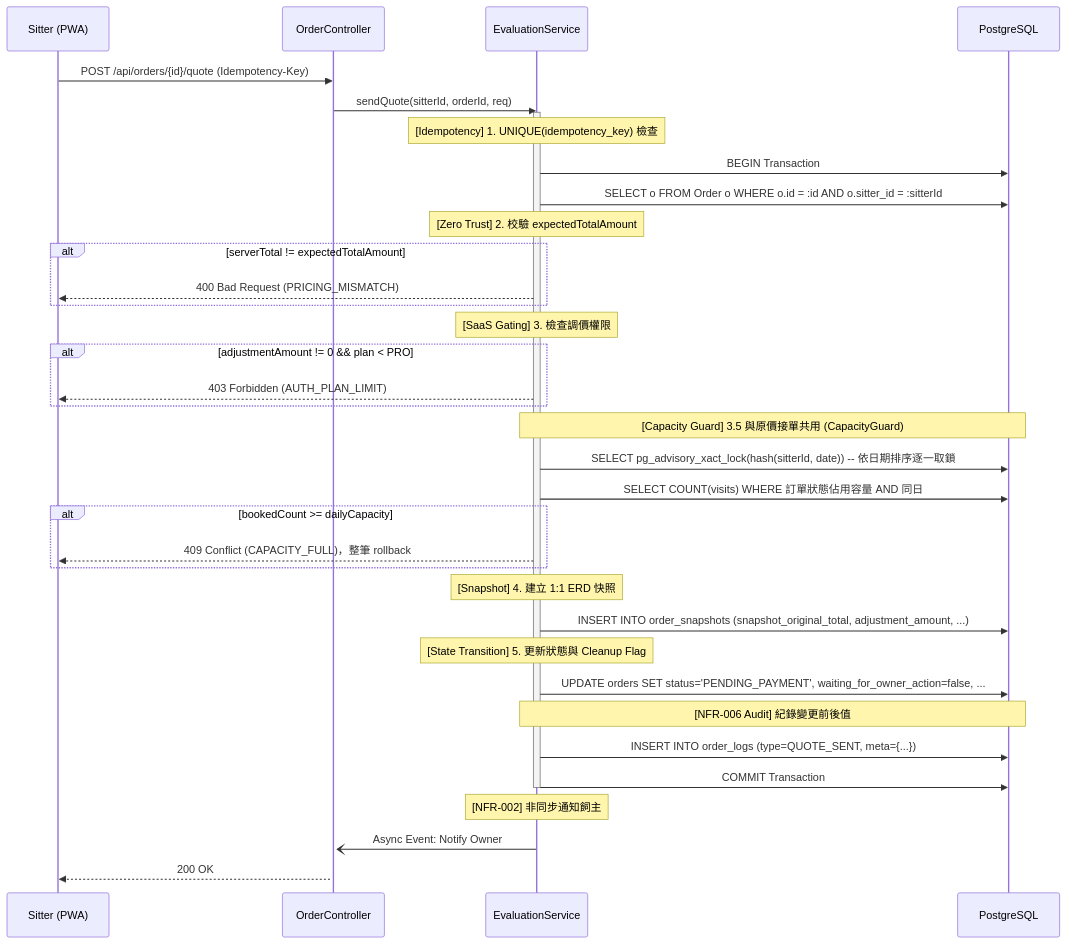
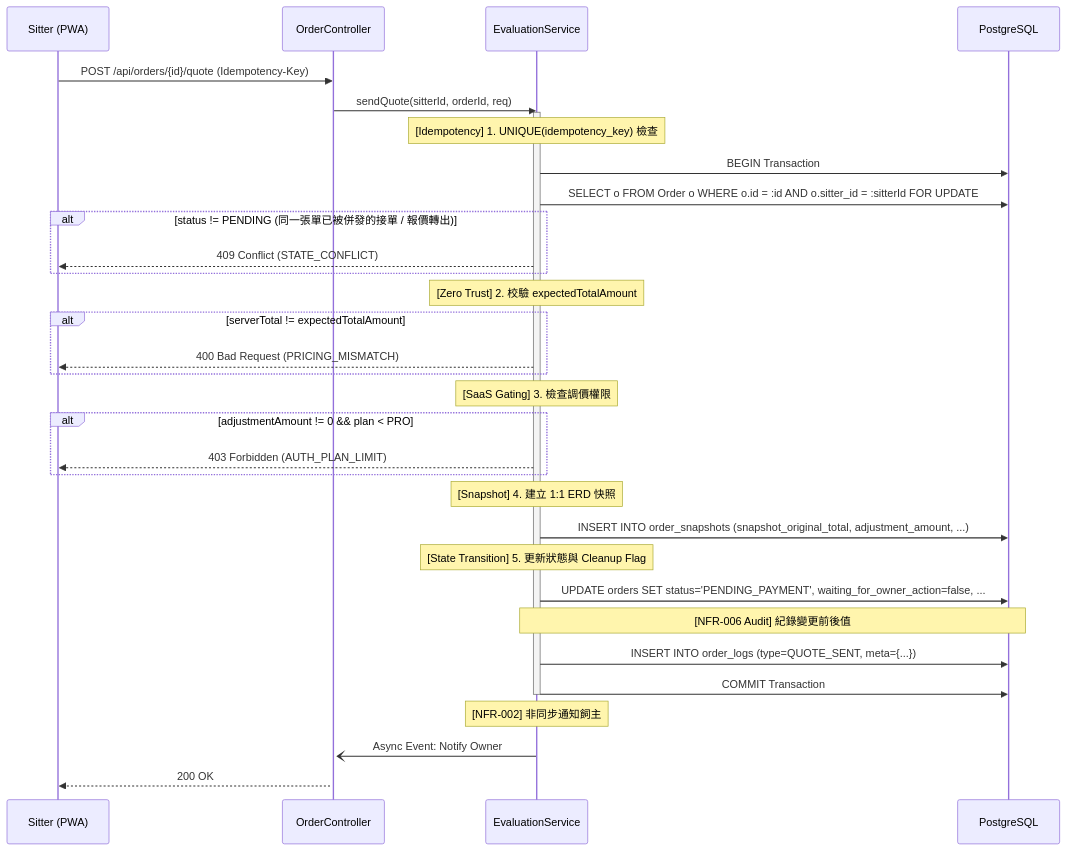
One commit to willchiangch/cat-sitter-project changed the diagram in docs/sd/SD-006-order-evaluation.md. Above: the diagram before and after it, drawn with Mermaid. The commit also changed other lines of this file and 19 other files, not shown here.

Commit message:
docs: 明文寫入「系統不做接單容量控管」產品決策（PRD-003 / 005 / 006 / 016），SD-003 / 005 / 006 / 016 / GLOBAL-SPEC / 00-SD-PLAN 移除容量鎖與 dailyCapacity 設計、改記同一張單的訂單列鎖，TS-003 / 005 / 006 / 016 / JOURNEY-01 測項依新語意改寫

````diff
--- a/docs/sd/SD-006-order-evaluation.md
+++ b/docs/sd/SD-006-order-evaluation.md
@@ -59,50 +60,46 @@
 ```mermaid
 sequenceDiagram
     participant S as Sitter (PWA)
     participant API as OrderController
     participant SVC as EvaluationService
     participant DB as PostgreSQL
 
     S->>API: POST /api/orders/{id}/quote (Idempotency-Key)
     API->>SVC: sendQuote(sitterId, orderId, req)
     
     activate SVC
     Note over SVC: [Idempotency] 1. UNIQUE(idempotency_key) 檢查
     
     SVC->>DB: BEGIN Transaction
     
-    SVC->>DB: SELECT o FROM Order o WHERE o.id = :id AND o.sitter_id = :sitterId
+    SVC->>DB: SELECT o FROM Order o WHERE o.id = :id AND o.sitter_id = :sitterId FOR UPDATE
+    alt status != PENDING (同一張單已被併發的接單 / 報價轉出)
+        SVC-->>S: 409 Conflict (STATE_CONFLICT)
+    end
     
     Note over SVC: [Zero Trust] 2. 校驗 expectedTotalAmount
     alt serverTotal != expectedTotalAmount
         SVC-->>S: 400 Bad Request (PRICING_MISMATCH)
     end
 
     Note over SVC: [SaaS Gating] 3. 檢查調價權限
     alt adjustmentAmount != 0 && plan < PRO
         SVC-->>S: 403 Forbidden (AUTH_PLAN_LIMIT)
-    end
-
-    Note over SVC, DB: [Capacity Guard] 3.5 與原價接單共用 (CapacityGuard)
-    SVC->>DB: SELECT pg_advisory_xact_lock(hash(sitterId, date)) -- 依日期排序逐一取鎖
-    SVC->>DB: SELECT COUNT(visits) WHERE 訂單狀態佔用容量 AND 同日
-    alt bookedCount >= dailyCapacity
-        SVC-->>S: 409 Conflict (CAPACITY_FULL)，整筆 rollback
     end
 
     Note over SVC: [Snapshot] 4. 建立 1:1 ERD 快照
     SVC->>DB: INSERT INTO order_snapshots (snapshot_original_total, adjustment_amount, ...)
     
     Note over SVC: [State Transition] 5. 更新狀態與 Cleanup Flag
     SVC->>DB: UPDATE orders SET status='PENDING_PAYMENT', waiting_for_owner_action=false, ...
     
     Note over SVC, DB: [NFR-006 Audit] 紀錄變更前後值
     SVC->>DB: INSERT INTO order_logs (type=QUOTE_SENT, meta={...})
     
     SVC->>DB: COMMIT Transaction
     deactivate SVC
     
     Note over SVC: [NFR-002] 非同步通知飼主
     SVC-)+API: Async Event: Notify Owner
     API-->>S: 200 OK
 ```
````
